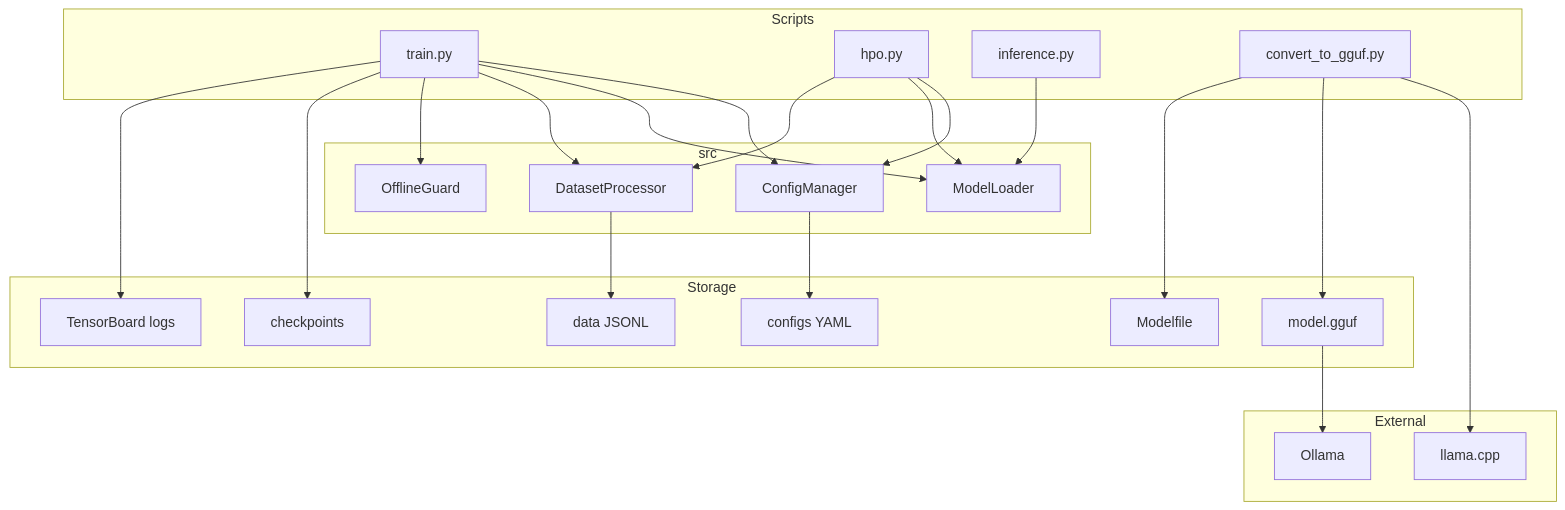
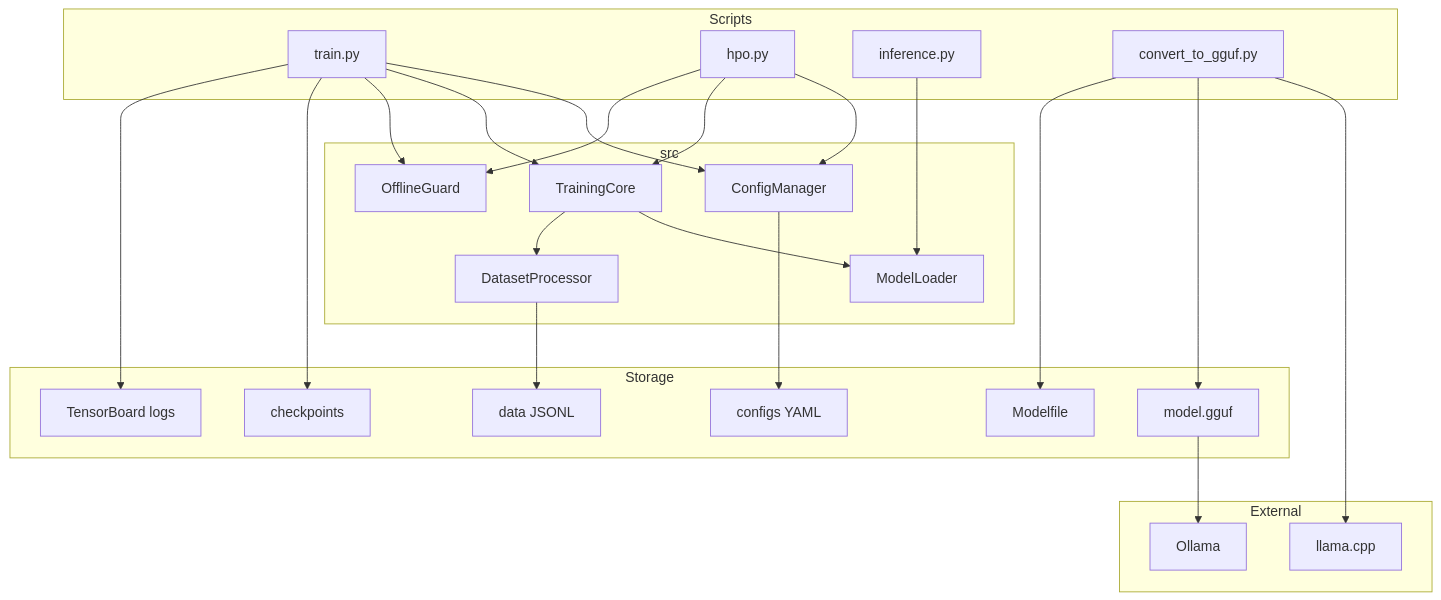
The first of 4 diagrams in .kiro/specs/sarashina-finetune/design.md (yu9824/slm-finetuning), drawn with Mermaid before and after one commit. The commit also changed other lines of this file, not shown here.

````diff
--- a/.kiro/specs/sarashina-finetune/design.md
+++ b/.kiro/specs/sarashina-finetune/design.md
@@ -40,48 +40,50 @@
 ```mermaid
 graph TB
     subgraph Scripts
         TrainScript[train.py]
         HPOScript[hpo.py]
         InferScript[inference.py]
         ConvertScript[convert_to_gguf.py]
     end
 
     subgraph Core[src]
         ConfigManager[ConfigManager]
+        TrainingCore[TrainingCore]
         ModelLoader[ModelLoader]
         DatasetProcessor[DatasetProcessor]
         OfflineGuard[OfflineGuard]
     end
 
     subgraph Storage
         ConfigYAML[configs YAML]
         DataJSONL[data JSONL]
         CheckpointDir[checkpoints]
         TBLogs[TensorBoard logs]
         GGUFFile[model.gguf]
         ModelfileOut[Modelfile]
     end
 
     subgraph External
         LlamaCpp[llama.cpp]
         Ollama[Ollama]
     end
 
     TrainScript --> ConfigManager
-    TrainScript --> ModelLoader
-    TrainScript --> DatasetProcessor
+    TrainScript --> TrainingCore
     TrainScript --> OfflineGuard
     HPOScript --> ConfigManager
-    HPOScript --> ModelLoader
-    HPOScript --> DatasetProcessor
+    HPOScript --> TrainingCore
+    HPOScript --> OfflineGuard
+    TrainingCore --> ModelLoader
+    TrainingCore --> DatasetProcessor
     InferScript --> ModelLoader
     ConvertScript --> LlamaCpp
 
     ConfigManager --> ConfigYAML
     DatasetProcessor --> DataJSONL
     TrainScript --> CheckpointDir
     TrainScript --> TBLogs
     ConvertScript --> GGUFFile
     ConvertScript --> ModelfileOut
     GGUFFile --> Ollama
 ```
````
